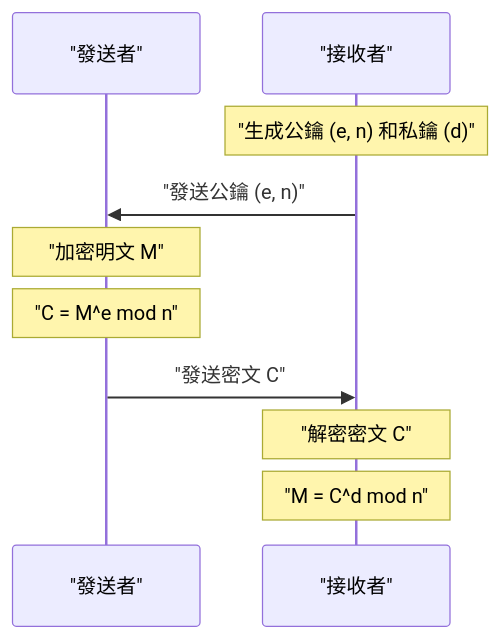
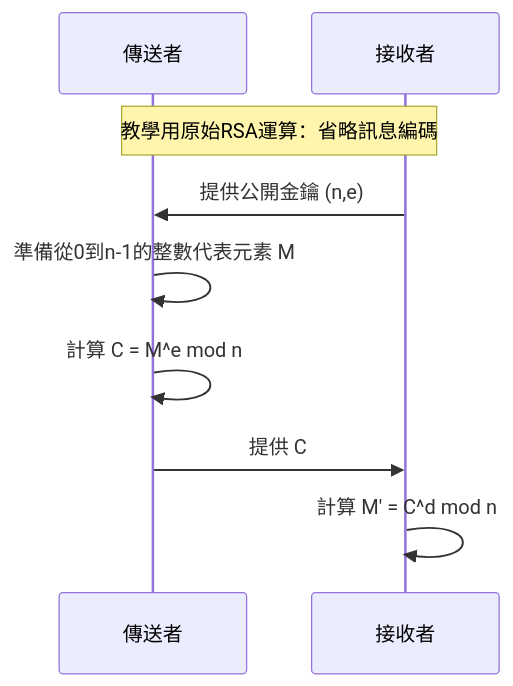
Before and after one commit to kenjinote/blog: the second of 2 diagrams in content/post/fermats-little-theorem/index.zh-tw.md, drawn with Mermaid. The commit also changed other lines of this file and 6 other files, not shown here.

````diff
--- a/content/post/fermats-little-theorem/index.zh-tw.md
+++ b/content/post/fermats-little-theorem/index.zh-tw.md
@@ -101,12 +79,11 @@
 ```mermaid
 sequenceDiagram
-    participant Sender as "發送者"
-    participant Receiver as "接收者"
-    Note over Receiver: "生成公鑰 (e, n) 和私鑰 (d)"
-    Receiver->>Sender: "發送公鑰 (e, n)"
-    Note over Sender: "加密明文 M"
-    Note over Sender: "C = M^e mod n"
-    Sender->>Receiver: "發送密文 C"
-    Note over Receiver: "解密密文 C"
-    Note over Receiver: "M = C^d mod n"
+    participant Sender as 傳送者
+    participant Receiver as 接收者
+    Note over Sender,Receiver: 教學用原始RSA運算：省略訊息編碼
+    Receiver->>Sender: 提供公開金鑰 (n,e)
+    Sender->>Sender: 準備從0到n-1的整數代表元素 M
+    Sender->>Sender: 計算 C = M^e mod n
+    Sender->>Receiver: 提供 C
+    Receiver->>Receiver: 計算 M' = C^d mod n
 ```
````
